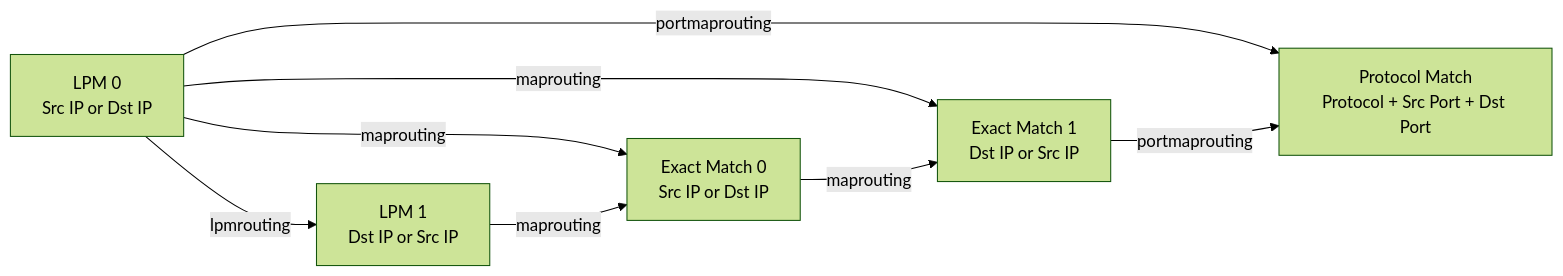
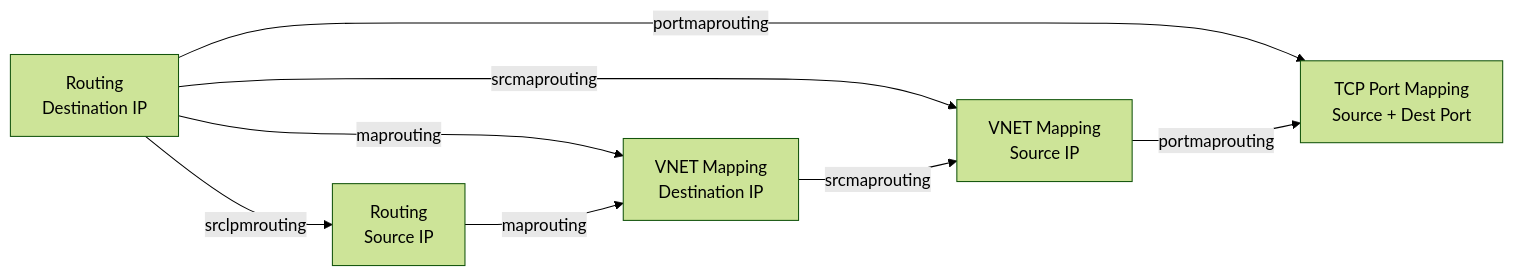
Before and after one commit to sonic-net/DASH: the fifth of 5 diagrams in documentation/general/dash-sai-pipeline-packet-flow.md, drawn with Mermaid (forest theme). The commit also changed other lines of this file, not shown here.

````diff
--- a/documentation/general/dash-sai-pipeline-packet-flow.md
+++ b/documentation/general/dash-sai-pipeline-packet-flow.md
@@ -240,17 +260,17 @@
 ```mermaid
 flowchart LR
-    LPM0[LPM 0<br>Src IP or Dst IP]
-    LPM1[LPM 1<br>Dst IP or Src IP]
-    Exact0[Exact Match 0<br>Src IP or Dst IP]
-    Exact1[Exact Match 1<br>Dst IP or Src IP]
-    Proto[Protocol Match<br>Protocol + Src Port + Dst Port]
+    RoutingDst[Routing<br>Destination IP]
+    RoutingSrc[Routing<br>Source IP]
+    MapDst[VNET Mapping<br>Destination IP]
+    MapSrc[VNET Mapping<br>Source IP]
+    TcpPortMap[TCP Port Mapping<br>Source + Dest Port]
 
-    LPM0 --> |lpmrouting| LPM1
-    LPM0 --> |maprouting| Exact0
-    LPM0 --> |maprouting| Exact1
-    LPM0 --> |portmaprouting| Proto
+    RoutingDst --> | srclpmrouting | RoutingSrc
+    RoutingDst --> | maprouting | MapDst
+    RoutingDst --> | srcmaprouting | MapSrc
+    RoutingDst --> | portmaprouting | TcpPortMap
 
-    LPM1 --> |maprouting| Exact0
-    Exact0 --> |maprouting| Exact1
-    Exact1 --> |portmaprouting| Proto
+    RoutingSrc --> | maprouting | MapDst
+    MapDst --> | srcmaprouting | MapSrc
+    MapSrc --> | portmaprouting | TcpPortMap
 ```
````
